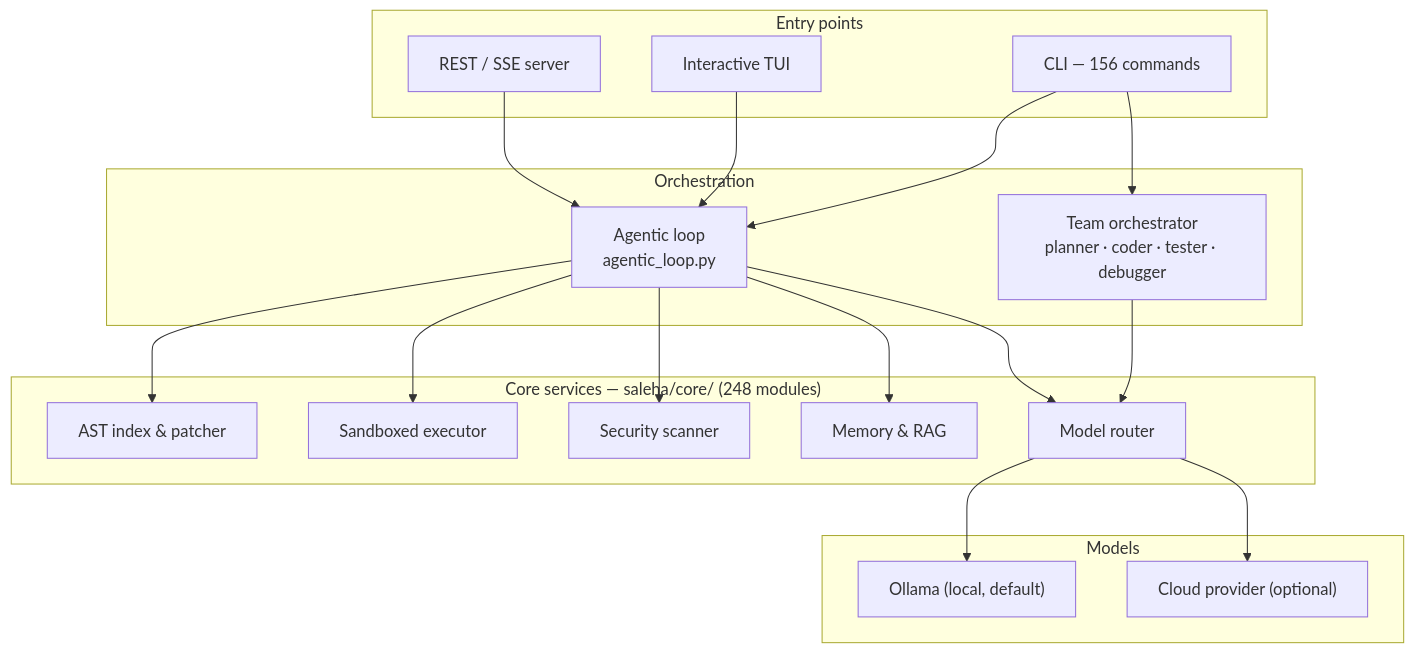
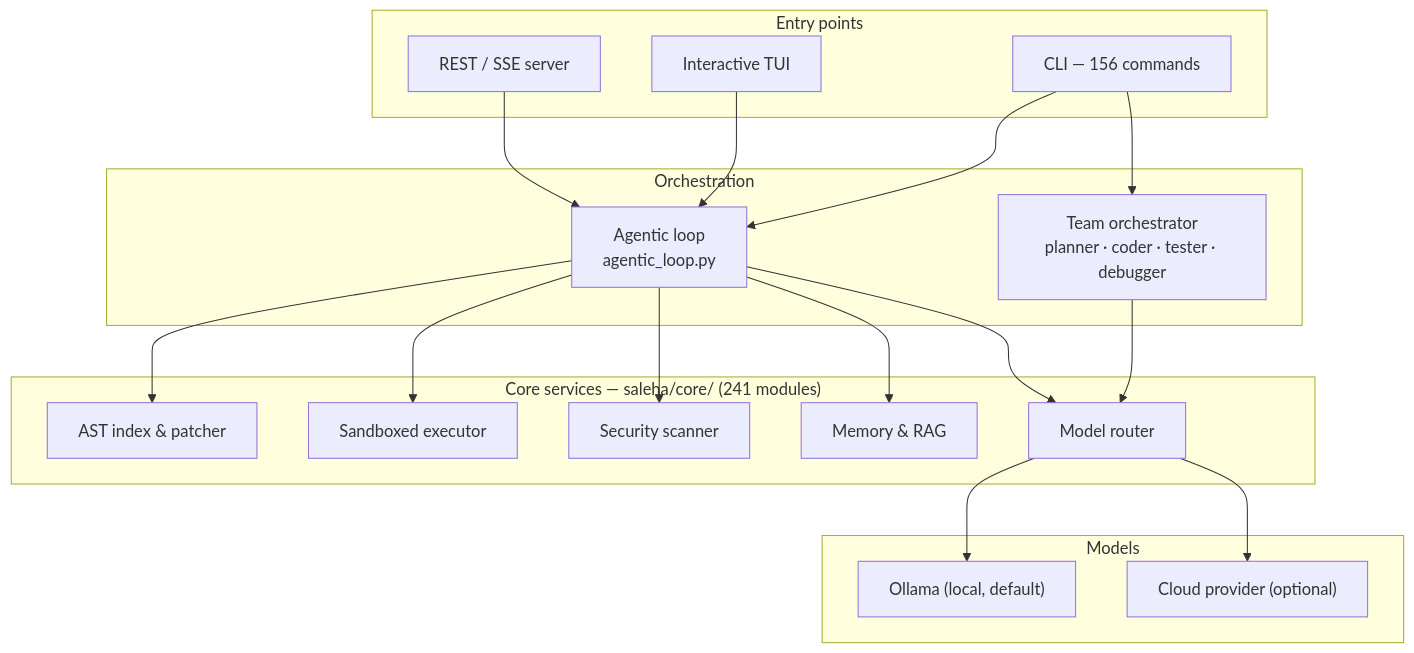
One commit to MDaftab76678-1945/Saleha changed the first of 3 diagrams in README.md. Above: the diagram before and after it, drawn with Mermaid. The commit also changed other lines of this file and 2 other files, not shown here.

````diff
--- a/README.md
+++ b/README.md
@@ -64,39 +64,39 @@
 ```mermaid
 flowchart TB
     subgraph entry["Entry points"]
         CLI["CLI — 156 commands"]
         TUI["Interactive TUI"]
         WEB["REST / SSE server"]
     end
 
     subgraph orch["Orchestration"]
         LOOP["Agentic loop<br/>agentic_loop.py"]
         TEAM["Team orchestrator<br/>planner · coder · tester · debugger"]
     end
 
-    subgraph core["Core services — saleha/core/ (248 modules)"]
+    subgraph core["Core services — saleha/core/ (241 modules)"]
         INDEX["AST index & patcher"]
         EXEC["Sandboxed executor"]
         SAST["Security scanner"]
         MEM["Memory & RAG"]
         ROUTE["Model router"]
     end
 
     subgraph models["Models"]
         OLLAMA["Ollama (local, default)"]
         CLOUD["Cloud provider (optional)"]
     end
 
     CLI --> LOOP
     TUI --> LOOP
     WEB --> LOOP
     CLI --> TEAM
     LOOP --> INDEX
     LOOP --> EXEC
     LOOP --> SAST
     LOOP --> MEM
     TEAM --> ROUTE
     LOOP --> ROUTE
     ROUTE --> OLLAMA
     ROUTE --> CLOUD
 ```
````
